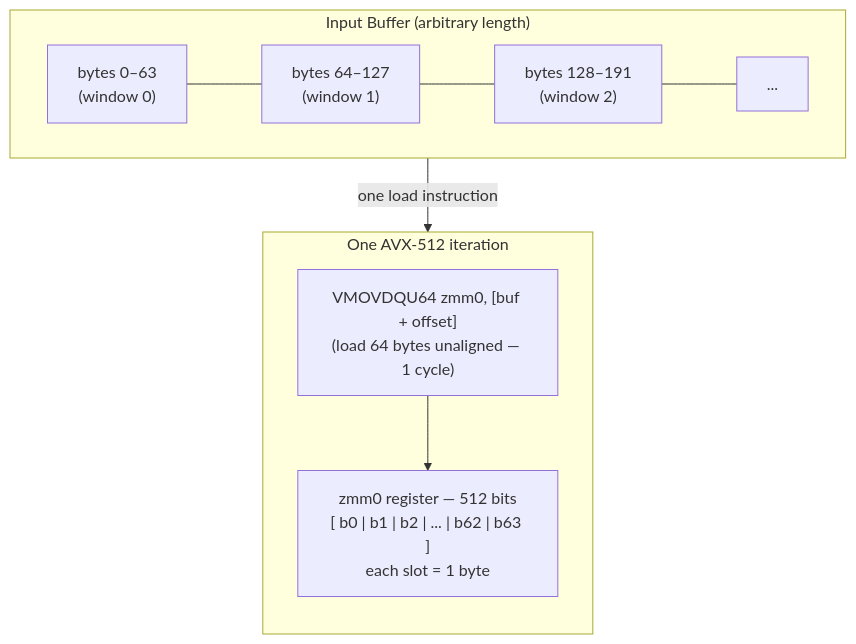
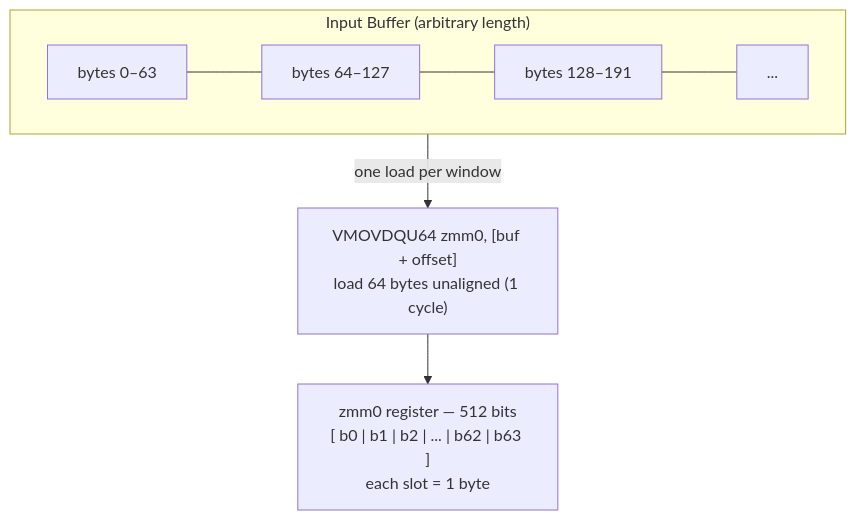
One commit to the-lkb/beast-json changed the first of 6 diagrams in docs/theory/simd.md. Above: the diagram before and after it, drawn with Mermaid. The commit also changed other lines of this file and 4 other files, not shown here.

````diff
--- a/docs/theory/simd.md
+++ b/docs/theory/simd.md
@@ -34,20 +34,18 @@
 ```mermaid
 flowchart TB
     subgraph BUF["Input Buffer (arbitrary length)"]
         direction LR
-        W1["bytes 0–63\n(window 0)"]
-        W2["bytes 64–127\n(window 1)"]
-        W3["bytes 128–191\n(window 2)"]
+        W1["bytes 0–63"]
+        W2["bytes 64–127"]
+        W3["bytes 128–191"]
         WN["..."]
         W1 --- W2 --- W3 --- WN
     end
 
-    subgraph REG["One AVX-512 iteration"]
-        direction TB
-        LOAD["VMOVDQU64 zmm0, [buf + offset]\n(load 64 bytes unaligned — 1 cycle)"]
-        ZMM["zmm0 register — 512 bits\n[ b0 | b1 | b2 | ... | b62 | b63 ]\neach slot = 1 byte"]
-        LOAD --> ZMM
-    end
+    LOAD["VMOVDQU64 zmm0, [buf + offset]<br/>load 64 bytes unaligned (1 cycle)"]
 
-    W1 -->|"one load instruction"| LOAD
+    ZMM["zmm0 register — 512 bits<br/>[ b0 | b1 | b2 | ... | b62 | b63 ]<br/>each slot = 1 byte"]
+
+    W1 -->|"one load per window"| LOAD
+    LOAD --> ZMM
 ```
````
